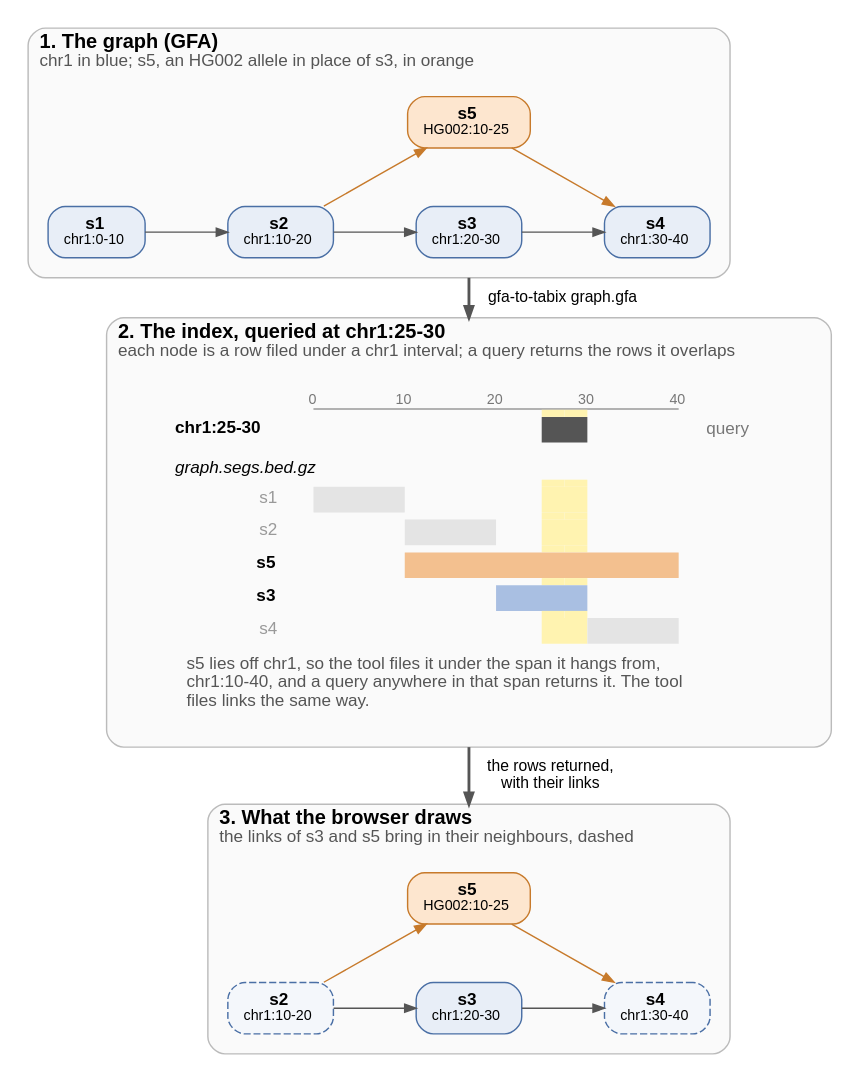
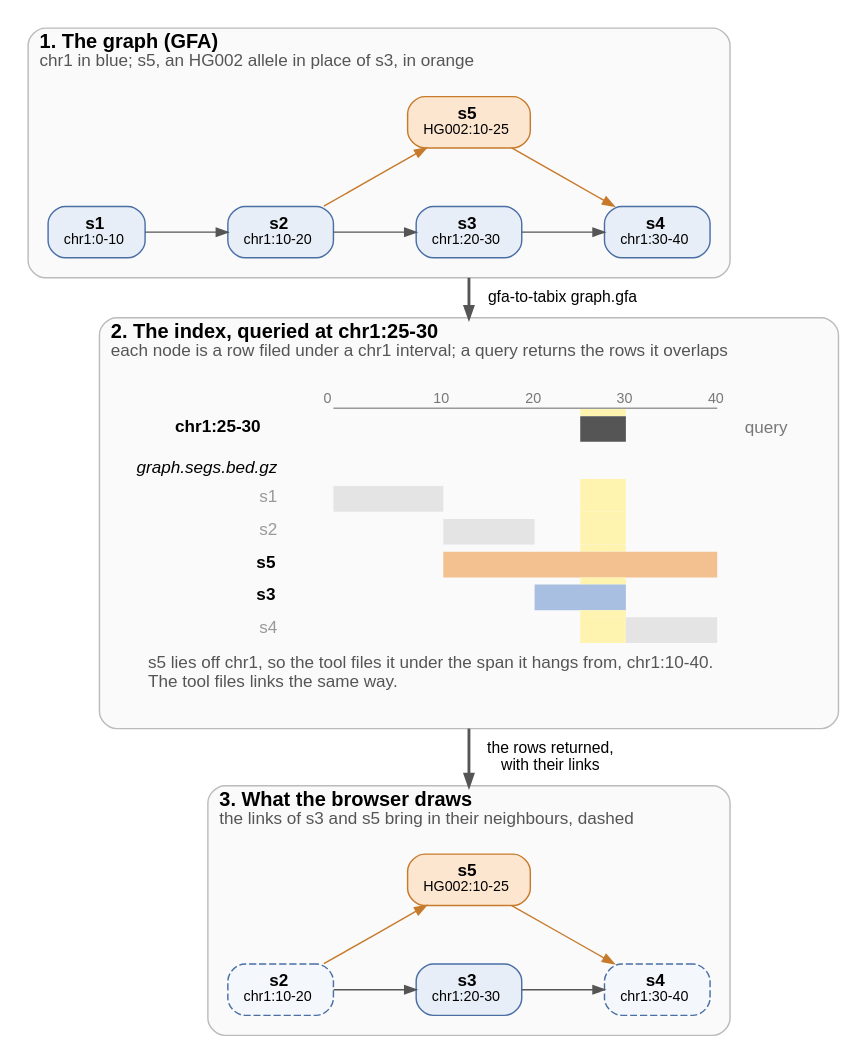
Before and after one commit to GMOD/gfa-to-tabix: the diagram in docs/figures/overview.dot, drawn with Graphviz. The commit also changed 4 other files, not shown here.

```diff
--- a/docs/figures/overview.dot
+++ b/docs/figures/overview.dot
@@ -1,82 +1,82 @@
 // scripts/figures.py fills the marked rows from the tool's output and draws this figure
 digraph overview {
   bgcolor="white"
   fontname="Helvetica"
   newrank=true
   compound=true
   nodesep=0.4
   ranksep=0.55
   node [fontname="Helvetica", fontsize=12, shape=box, style="filled,rounded", fillcolor="#e8eef7", color="#4a6fa5", margin="0.15,0.06"]
   edge [fontname="Helvetica", fontsize=11, color="#555555", arrowsize=0.8]
 
   subgraph {
     graph [labeljust=l, fontsize=14, color="#bbbbbb", style="rounded,filled", fillcolor="#fafafa", margin=14]
 
     subgraph cluster_graph {
       label=<<B>1. The graph (GFA)</B><BR ALIGN="LEFT"/><FONT POINT-SIZE="12" COLOR="#555555">chr1 in blue; s5, an HG002 allele in place of s3, in orange</FONT><BR ALIGN="LEFT"/>>
       // begin graph
       s1 [label=<<B>s1</B><BR/><FONT POINT-SIZE="10">chr1:0-10</FONT>>]
       s2 [label=<<B>s2</B><BR/><FONT POINT-SIZE="10">chr1:10-20</FONT>>]
       s3 [label=<<B>s3</B><BR/><FONT POINT-SIZE="10">chr1:20-30</FONT>>]
       s4 [label=<<B>s4</B><BR/><FONT POINT-SIZE="10">chr1:30-40</FONT>>]
       s5 [label=<<B>s5</B><BR/><FONT POINT-SIZE="10">HG002:10-25</FONT>>, fillcolor="#fde6cf", color="#c77a2b"]
       {rank=same; s1; s2; s3; s4}
       s1 -> s2 [weight=20]
       s2 -> s3 [weight=20]
       s2 -> s5 [color="#c77a2b", constraint=false]
       s3 -> s4 [weight=20]
       s5 -> s4 [color="#c77a2b", constraint=false]
       s5 -> s3 [style=invis, weight=20]
       // end graph
     }
 
     subgraph cluster_query {
       label=<<B>2. The index, queried at chr1:25-30</B><BR ALIGN="LEFT"/><FONT POINT-SIZE="12" COLOR="#555555">each node is a row filed under a chr1 interval; a query returns the rows it overlaps</FONT><BR ALIGN="LEFT"/>>
       hits [shape=plaintext, style="", label=<
         <TABLE BORDER="0" CELLBORDER="0" CELLSPACING="0" CELLPADDING="0">
           <!-- begin lanes -->
           <TR><TD></TD><TD WIDTH="16"></TD><TD WIDTH="16"></TD><TD WIDTH="16"></TD><TD WIDTH="16"></TD><TD WIDTH="16"></TD><TD WIDTH="16"></TD><TD WIDTH="16"></TD><TD WIDTH="16"></TD><TD WIDTH="16"></TD><TD WIDTH="16"></TD><TD WIDTH="16"></TD><TD WIDTH="16"></TD><TD WIDTH="16"></TD><TD WIDTH="16"></TD><TD WIDTH="16"></TD><TD WIDTH="16"></TD><TD WIDTH="16"></TD><TD WIDTH="16"></TD><TD></TD></TR>
           <TR><TD></TD><TD COLSPAN="2"><FONT POINT-SIZE="10" COLOR="#777777">0</FONT></TD><TD COLSPAN="2"></TD><TD COLSPAN="2"><FONT POINT-SIZE="10" COLOR="#777777">10</FONT></TD><TD COLSPAN="2"></TD><TD COLSPAN="2"><FONT POINT-SIZE="10" COLOR="#777777">20</FONT></TD><TD COLSPAN="2"></TD><TD COLSPAN="2"><FONT POINT-SIZE="10" COLOR="#777777">30</FONT></TD><TD COLSPAN="2"></TD><TD COLSPAN="2"><FONT POINT-SIZE="10" COLOR="#777777">40</FONT></TD><TD></TD></TR>
           <TR><TD HEIGHT="1"></TD><TD></TD><TD COLSPAN="16" BGCOLOR="#999999"></TD><TD></TD><TD></TD></TR>
           <TR><TD HEIGHT="5"></TD><TD></TD><TD></TD><TD></TD><TD></TD><TD></TD><TD></TD><TD></TD><TD></TD><TD></TD><TD></TD><TD></TD><TD BGCOLOR="#fff3b0"></TD><TD BGCOLOR="#fff3b0"></TD><TD></TD><TD></TD><TD></TD><TD></TD><TD></TD><TD></TD></TR>
           <TR><TD ALIGN="RIGHT" HEIGHT="18"><B>chr1:25-30</B>  </TD><TD></TD><TD COLSPAN="10"></TD><TD COLSPAN="2" BGCOLOR="#555555"></TD><TD COLSPAN="4"></TD><TD></TD><TD ALIGN="LEFT"><FONT POINT-SIZE="12" COLOR="#777777">  query</FONT></TD></TR>
           <TR><TD COLSPAN="20" ALIGN="LEFT" HEIGHT="26" VALIGN="BOTTOM"><I>graph.segs.bed.gz</I></TD></TR>
           <TR><TD HEIGHT="5"></TD><TD></TD><TD></TD><TD></TD><TD></TD><TD></TD><TD></TD><TD></TD><TD></TD><TD></TD><TD></TD><TD></TD><TD BGCOLOR="#fff3b0"></TD><TD BGCOLOR="#fff3b0"></TD><TD></TD><TD></TD><TD></TD><TD></TD><TD></TD><TD></TD></TR>
           <TR><TD ALIGN="RIGHT" HEIGHT="18"><FONT COLOR="#999999">s1</FONT>  </TD><TD></TD><TD COLSPAN="4" BGCOLOR="#e4e4e4"></TD><TD COLSPAN="6"></TD><TD COLSPAN="2" BGCOLOR="#fff3b0"></TD><TD COLSPAN="4"></TD><TD></TD><TD ALIGN="LEFT"></TD></TR>
           <TR><TD HEIGHT="5"></TD><TD></TD><TD></TD><TD></TD><TD></TD><TD></TD><TD></TD><TD></TD><TD></TD><TD></TD><TD></TD><TD></TD><TD BGCOLOR="#fff3b0"></TD><TD BGCOLOR="#fff3b0"></TD><TD></TD><TD></TD><TD></TD><TD></TD><TD></TD><TD></TD></TR>
           <TR><TD ALIGN="RIGHT" HEIGHT="18"><FONT COLOR="#999999">s2</FONT>  </TD><TD></TD><TD COLSPAN="4"></TD><TD COLSPAN="4" BGCOLOR="#e4e4e4"></TD><TD COLSPAN="2"></TD><TD COLSPAN="2" BGCOLOR="#fff3b0"></TD><TD COLSPAN="4"></TD><TD></TD><TD ALIGN="LEFT"></TD></TR>
           <TR><TD HEIGHT="5"></TD><TD></TD><TD></TD><TD></TD><TD></TD><TD></TD><TD></TD><TD></TD><TD></TD><TD></TD><TD></TD><TD></TD><TD BGCOLOR="#fff3b0"></TD><TD BGCOLOR="#fff3b0"></TD><TD></TD><TD></TD><TD></TD><TD></TD><TD></TD><TD></TD></TR>
           <TR><TD ALIGN="RIGHT" HEIGHT="18"><B>s5</B>  </TD><TD></TD><TD COLSPAN="4"></TD><TD COLSPAN="12" BGCOLOR="#f3c08f"></TD><TD></TD><TD ALIGN="LEFT"></TD></TR>
           <TR><TD HEIGHT="5"></TD><TD></TD><TD></TD><TD></TD><TD></TD><TD></TD><TD></TD><TD></TD><TD></TD><TD></TD><TD></TD><TD></TD><TD BGCOLOR="#fff3b0"></TD><TD BGCOLOR="#fff3b0"></TD><TD></TD><TD></TD><TD></TD><TD></TD><TD></TD><TD></TD></TR>
           <TR><TD ALIGN="RIGHT" HEIGHT="18"><B>s3</B>  </TD><TD></TD><TD COLSPAN="8"></TD><TD COLSPAN="4" BGCOLOR="#a9bfe2"></TD><TD COLSPAN="4"></TD><TD></TD><TD ALIGN="LEFT"></TD></TR>
           <TR><TD HEIGHT="5"></TD><TD></TD><TD></TD><TD></TD><TD></TD><TD></TD><TD></TD><TD></TD><TD></TD><TD></TD><TD></TD><TD></TD><TD BGCOLOR="#fff3b0"></TD><TD BGCOLOR="#fff3b0"></TD><TD></TD><TD></TD><TD></TD><TD></TD><TD></TD><TD></TD></TR>
           <TR><TD ALIGN="RIGHT" HEIGHT="18"><FONT COLOR="#999999">s4</FONT>  </TD><TD></TD><TD COLSPAN="10"></TD><TD COLSPAN="2" BGCOLOR="#fff3b0"></TD><TD COLSPAN="4" BGCOLOR="#e4e4e4"></TD><TD></TD><TD ALIGN="LEFT"></TD></TR>
           <!-- end lanes -->
           <!-- begin caption -->
-          <TR><TD BORDER="0" CELLPADDING="8" COLSPAN="20" ALIGN="LEFT" BALIGN="LEFT"><FONT POINT-SIZE="12" COLOR="#555555">s5 lies off chr1, so the tool files it under the span it hangs from,<BR/>chr1:10-40, and a query anywhere in that span returns it. The tool<BR/>files links the same way.</FONT></TD></TR>
+          <TR><TD BORDER="0" CELLPADDING="8" COLSPAN="20" ALIGN="LEFT" BALIGN="LEFT"><FONT POINT-SIZE="12" COLOR="#555555">s5 lies off chr1, so the tool files it under the span it hangs from, chr1:10-40.<BR/>The tool files links the same way.</FONT></TD></TR>
           <!-- end caption -->
         </TABLE>>]
     }
 
     subgraph cluster_drawn {
       label=<<B>3. What the browser draws</B><BR ALIGN="LEFT"/><FONT POINT-SIZE="12" COLOR="#555555">the links of s3 and s5 bring in their neighbours, dashed</FONT><BR ALIGN="LEFT"/>>
       // begin drawn
       d_s2 [label=<<B>s2</B><BR/><FONT POINT-SIZE="10">chr1:10-20</FONT>>, style="dashed,rounded,filled", fillcolor="#f4f7fb"]
       d_s3 [label=<<B>s3</B><BR/><FONT POINT-SIZE="10">chr1:20-30</FONT>>]
       d_s4 [label=<<B>s4</B><BR/><FONT POINT-SIZE="10">chr1:30-40</FONT>>, style="dashed,rounded,filled", fillcolor="#f4f7fb"]
       d_s5 [label=<<B>s5</B><BR/><FONT POINT-SIZE="10">HG002:10-25</FONT>>, fillcolor="#fde6cf", color="#c77a2b"]
       {rank=same; d_s2; d_s3; d_s4}
       d_s2 -> d_s3 [weight=20]
       d_s2 -> d_s5 [color="#c77a2b", constraint=false]
       d_s3 -> d_s4 [weight=20]
       d_s5 -> d_s4 [color="#c77a2b", constraint=false]
       d_s5 -> d_s3 [style=invis, weight=20]
       // end drawn
     }
   }
 
   // begin arrows
   s3 -> hits [ltail=cluster_graph, lhead=cluster_query, label="  gfa-to-tabix graph.gfa", penwidth=2]
   hits -> d_s5 [ltail=cluster_query, lhead=cluster_drawn, label="  the rows returned,\n  with their links", penwidth=2]
   // end arrows
 }
```
